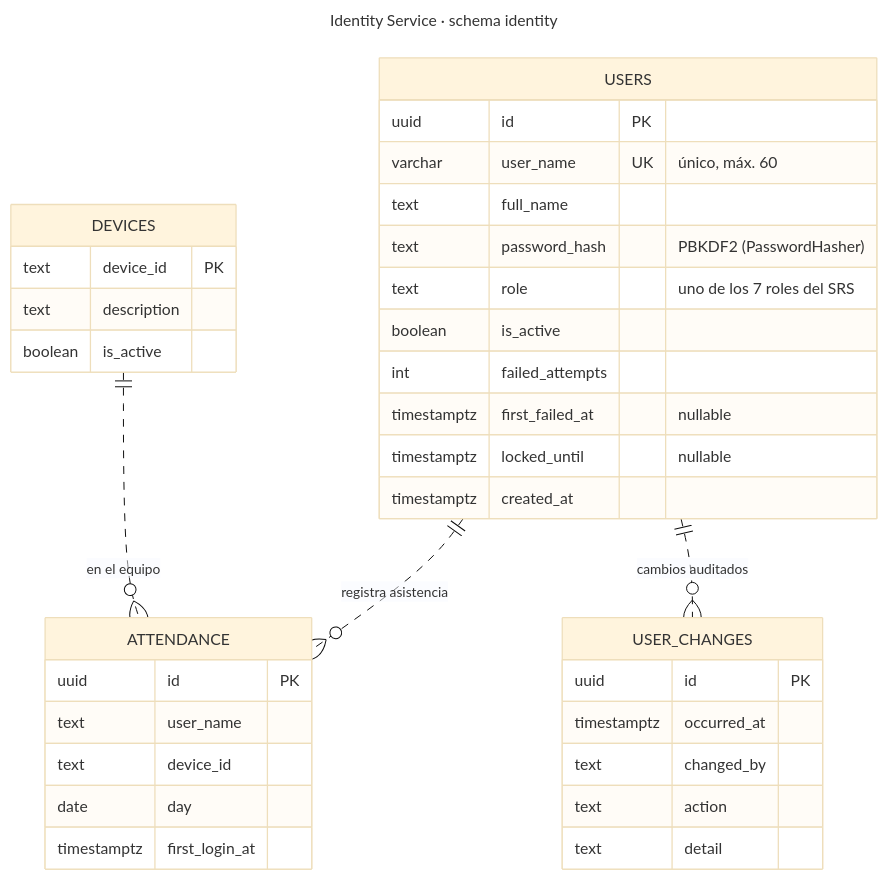
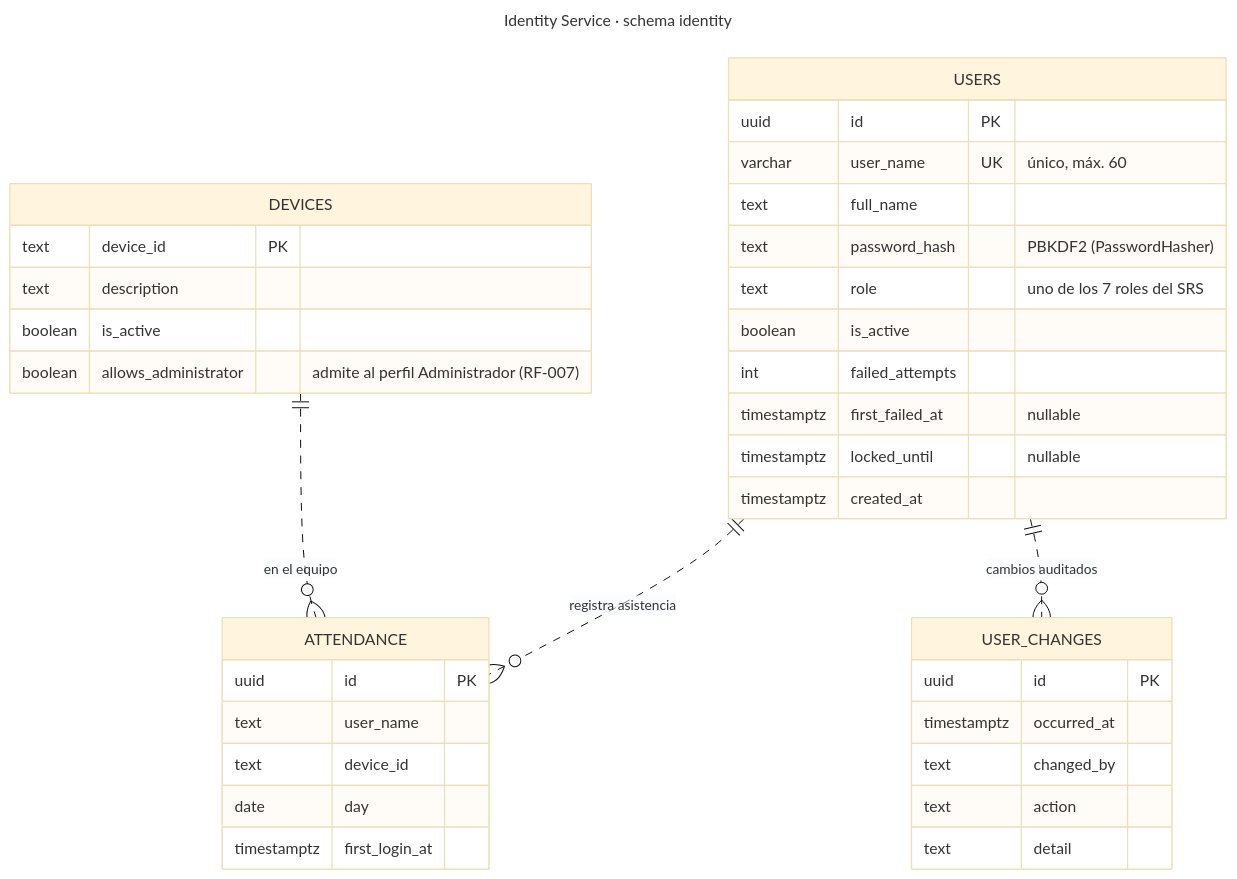
The diagram in modelos/bd/er-identity.mmd (daniel69zz/legasoft), drawn with Mermaid (base theme) before and after one commit. The commit also changed 13 other files, not shown here.

```diff
--- a/modelos/bd/er-identity.mmd
+++ b/modelos/bd/er-identity.mmd
@@ -1,38 +1,39 @@
 ---
 title: Identity Service · schema identity
 ---
 erDiagram
     USERS {
         uuid id PK
         varchar user_name UK "único, máx. 60"
         text full_name
         text password_hash "PBKDF2 (PasswordHasher)"
         text role "uno de los 7 roles del SRS"
         boolean is_active
         int failed_attempts
         timestamptz first_failed_at "nullable"
         timestamptz locked_until "nullable"
         timestamptz created_at
     }
     DEVICES {
         text device_id PK
         text description
         boolean is_active
+        boolean allows_administrator "admite al perfil Administrador (RF-007)"
     }
     ATTENDANCE {
         uuid id PK
         text user_name
         text device_id
         date day
         timestamptz first_login_at
     }
     USER_CHANGES {
         uuid id PK
         timestamptz occurred_at
         text changed_by
         text action
         text detail
     }
     USERS ||..o{ ATTENDANCE : "registra asistencia"
     DEVICES ||..o{ ATTENDANCE : "en el equipo"
     USERS ||..o{ USER_CHANGES : "cambios auditados"
```
